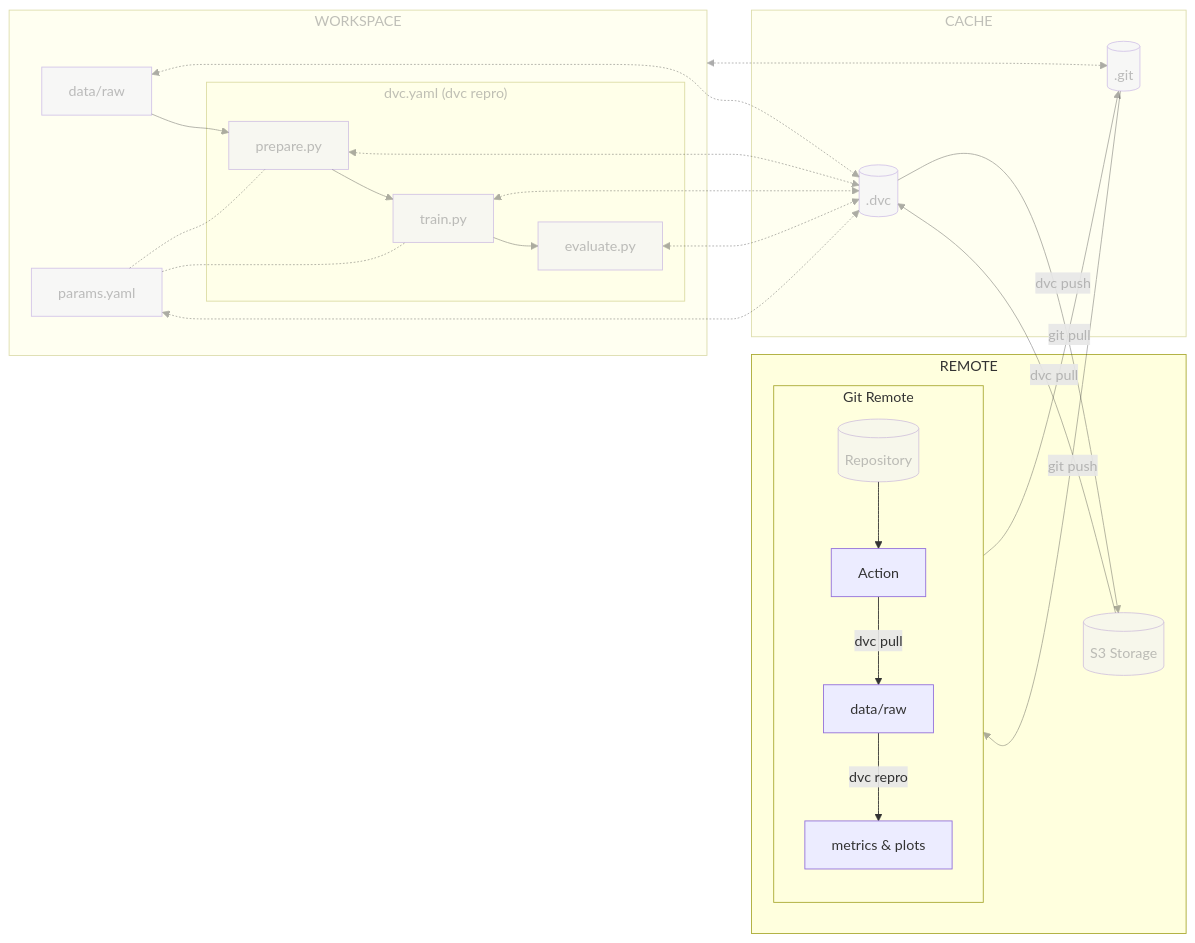
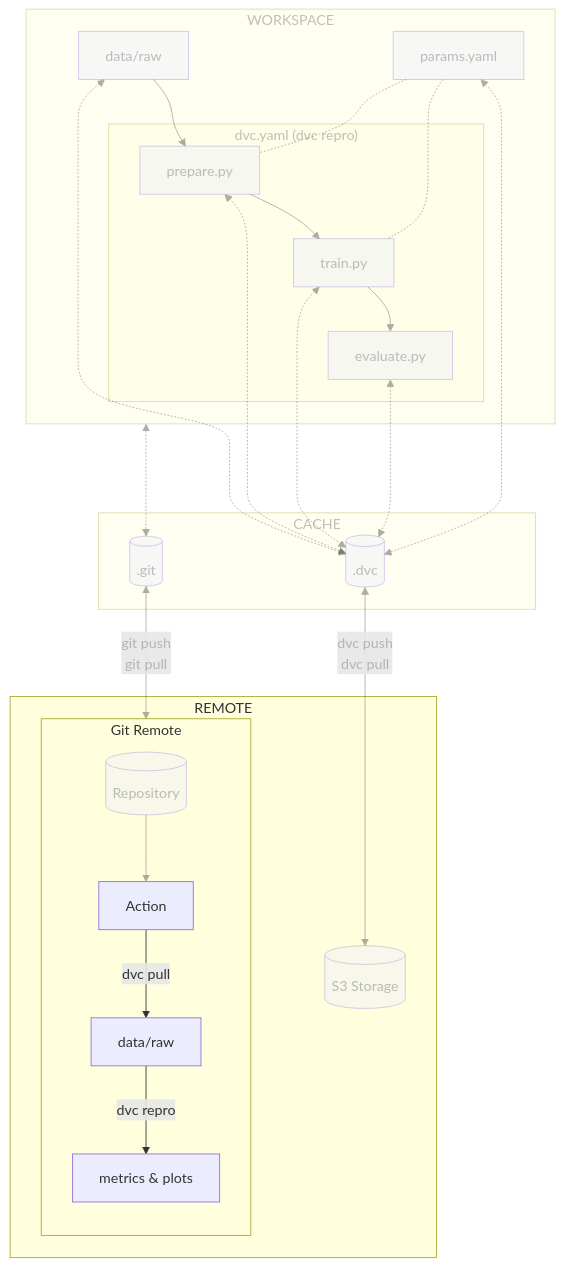
One commit to swiss-ai-center/a-guide-to-mlops changed the diagram in docs/part-2-move-the-model-to-the-cloud/chapter-8-reproduce-the-ml-experiment-in-a-cicd-pipeline.md. Above: the diagram before and after it, drawn with Mermaid. The commit also changed other lines of this file and 21 other files, not shown here.

Commit message:
201 check broken images and mermaid graphs (#202)

````diff
--- a/docs/part-2-move-the-model-to-the-cloud/chapter-8-reproduce-the-ml-experiment-in-a-cicd-pipeline.md
+++ b/docs/part-2-move-the-model-to-the-cloud/chapter-8-reproduce-the-ml-experiment-in-a-cicd-pipeline.md
@@ -26,61 +26,61 @@
 ```mermaid
-flowchart LR
-    dot_dvc[(.dvc)] -->|dvc push| s3_storage[(S3 Storage)]
-    s3_storage -->|dvc pull| dot_dvc
-    dot_git[(.git)] -->|git push| gitGraph[Git Remote]
-    gitGraph -->|git pull| dot_git
+flowchart TB
+    dot_dvc[(.dvc)] <-->|dvc push
+                         dvc pull| s3_storage[(S3 Storage)]
+    dot_git[(.git)] <-->|git push
+                         git pull| gitGraph[Git Remote]
     workspaceGraph <-....-> dot_git
     data[data/raw] <-.-> dot_dvc
     subgraph remoteGraph[REMOTE]
         s3_storage
         subgraph gitGraph[Git Remote]
+            direction TB
             repository[(Repository)] --> action[Action]
             action -->|dvc pull| action_data[data/raw]
             action_data -->|dvc repro| action_out[metrics & plots]
         end
     end
     subgraph cacheGraph[CACHE]
         dot_dvc
         dot_git
     end
     subgraph workspaceGraph[WORKSPACE]
         prepare[prepare.py] <-.-> dot_dvc
         train[train.py] <-.-> dot_dvc
         evaluate[evaluate.py] <-.-> dot_dvc
         data --> prepare
         subgraph dvcGraph["dvc.yaml (dvc repro)"]
             prepare --> train
             train --> evaluate
         end
         params[params.yaml] -.- prepare
         params -.- train
         params <-.-> dot_dvc
     end
     style cacheGraph opacity:0.4,color:#7f7f7f80
     style workspaceGraph opacity:0.4,color:#7f7f7f80
     style dot_git opacity:0.4,color:#7f7f7f80
     style dot_dvc opacity:0.4,color:#7f7f7f80
     style data opacity:0.4,color:#7f7f7f80
     style prepare opacity:0.4,color:#7f7f7f80
     style params opacity:0.4,color:#7f7f7f80
     style train opacity:0.4,color:#7f7f7f80
     style evaluate opacity:0.4,color:#7f7f7f80
     style dvcGraph opacity:0.4,color:#7f7f7f80
     style s3_storage opacity:0.4,color:#7f7f7f80
     style repository opacity:0.4,color:#7f7f7f80
     linkStyle 0 opacity:0.4,color:#7f7f7f80
     linkStyle 1 opacity:0.4,color:#7f7f7f80
     linkStyle 2 opacity:0.4,color:#7f7f7f80
     linkStyle 3 opacity:0.4,color:#7f7f7f80
     linkStyle 4 opacity:0.4,color:#7f7f7f80
-    linkStyle 5 opacity:0.4,color:#7f7f7f80
+    linkStyle 7 opacity:0.4,color:#7f7f7f80
+    linkStyle 8 opacity:0.4,color:#7f7f7f80
     linkStyle 9 opacity:0.4,color:#7f7f7f80
     linkStyle 10 opacity:0.4,color:#7f7f7f80
     linkStyle 11 opacity:0.4,color:#7f7f7f80
     linkStyle 12 opacity:0.4,color:#7f7f7f80
     linkStyle 13 opacity:0.4,color:#7f7f7f80
     linkStyle 14 opacity:0.4,color:#7f7f7f80
     linkStyle 15 opacity:0.4,color:#7f7f7f80
-    linkStyle 16 opacity:0.4,color:#7f7f7f80
-    linkStyle 17 opacity:0.4,color:#7f7f7f80
 ```
````
